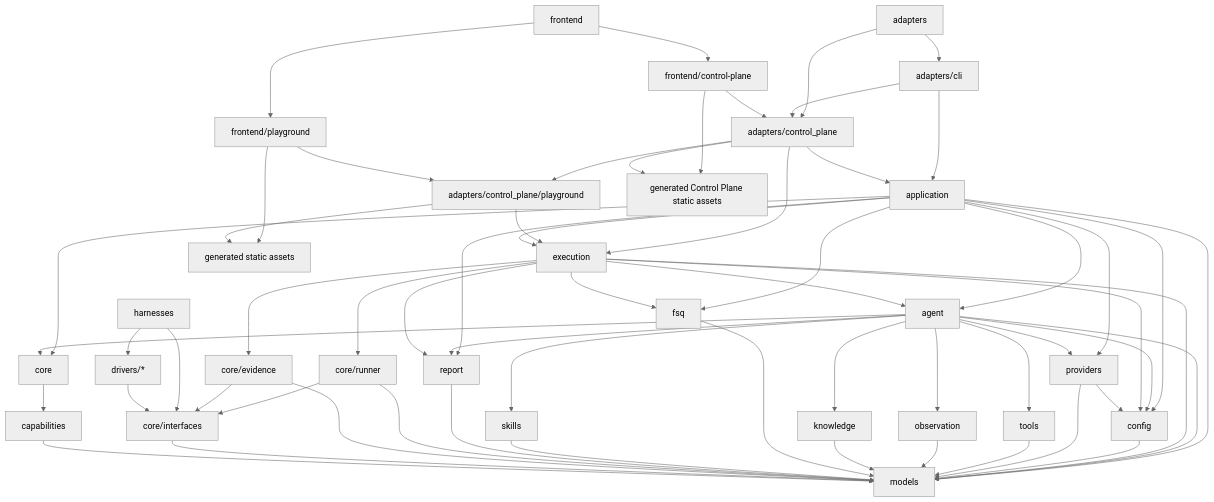
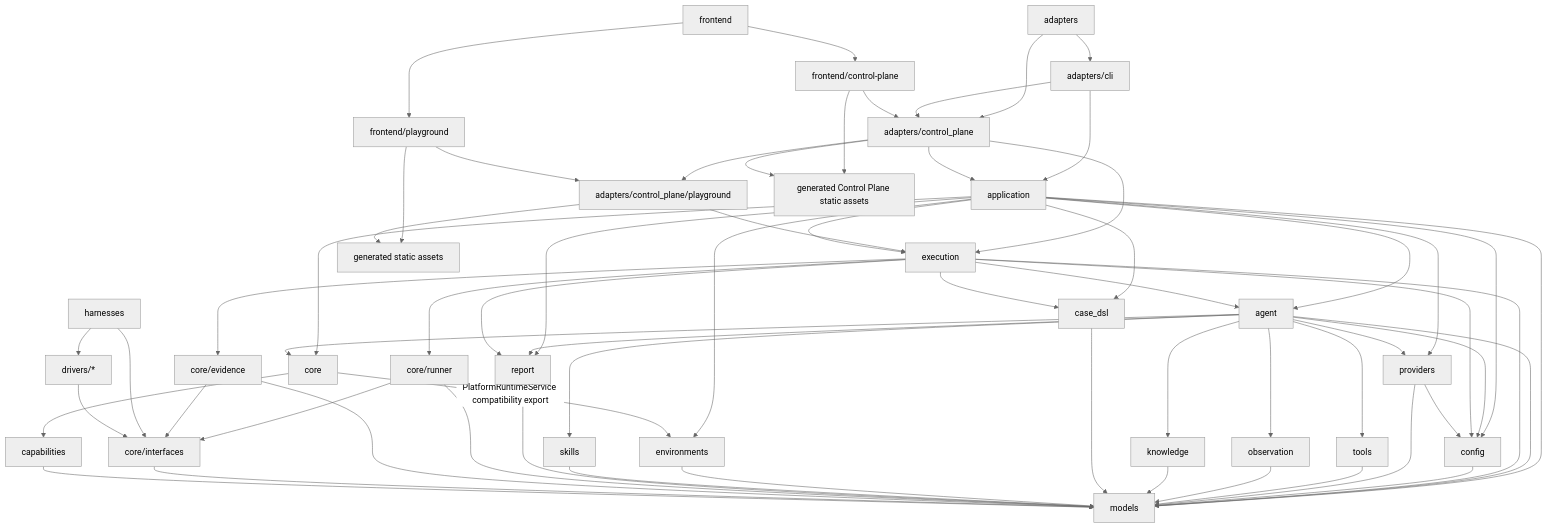
The diagram in SPEC.md (houlianpi/FSQ), drawn with Mermaid (neutral theme) before and after one commit. The commit also changed other lines of this file and 51 other files, not shown here.

Commit message:
refactor case dsl and runtime environments

````diff
--- a/SPEC.md
+++ b/SPEC.md
@@ -152,62 +154,65 @@
 ```mermaid
 flowchart TD
     Adapters[adapters] --> CLI[adapters/cli]
     Adapters --> ControlPlane[adapters/control_plane]
     CLI --> Application[application]
     CLI --> ControlPlane
     ControlPlane --> Application
     ControlPlane --> Playground[adapters/control_plane/playground]
     ControlPlane --> Execution[execution]
     Playground --> Execution
     Application --> Agent[agent]
     Application --> Execution
     Application --> Core[core]
-    Application --> FSQ[fsq]
+    Application --> CaseDSL[case_dsl]
+    Application --> Environments[environments]
     Application --> Config[config]
     Application --> Providers[providers]
     Application --> Models[models]
     Application --> Report[report]
     Agent --> Core[core]
     Agent --> Config[config]
     Agent --> Providers[providers]
     Agent --> Models[models]
     Agent --> Tools[tools]
     Agent --> Observation[observation]
     Agent --> Knowledge[knowledge]
     Agent --> Skills[skills]
     Agent --> Report[report]
     Execution --> Agent
     Execution --> CoreRunner[core/runner]
     Execution --> CoreEvidence[core/evidence]
-    Execution --> FSQ
+    Execution --> CaseDSL
     Execution --> Config
     Execution --> Models
     Execution --> Report
     Config --> Models
     Providers --> Config
     Providers --> Models
     Tools --> Models
     Observation --> Models
     Knowledge --> Models
-    FSQ --> Models
+    CaseDSL --> Models
+    Environments --> Models
     Skills --> Models
     Report --> Models
     CoreRunner --> CoreInterfaces[core/interfaces]
     CoreEvidence --> CoreInterfaces
     CoreRunner --> Models
     CoreEvidence --> Models
     CoreInterfaces --> Models
     Harnesses[harnesses] --> CoreInterfaces
     Harnesses --> Drivers[drivers/*]
     Drivers --> CoreInterfaces
     Capabilities[capabilities] --> Models
     Core --> Capabilities
+    Core -->|PlatformRuntimeService compatibility export| Environments
     Frontend[frontend] --> FrontendPlayground[frontend/playground]
     Frontend --> FrontendControlPlane[frontend/control-plane]
     FrontendPlayground --> Playground
     FrontendPlayground --> StaticAssets[generated static assets]
     Playground --> StaticAssets
     FrontendControlPlane --> ControlPlane
     FrontendControlPlane --> ControlPlaneStatic[generated Control Plane static assets]
     ControlPlane --> ControlPlaneStatic
 ```
````
